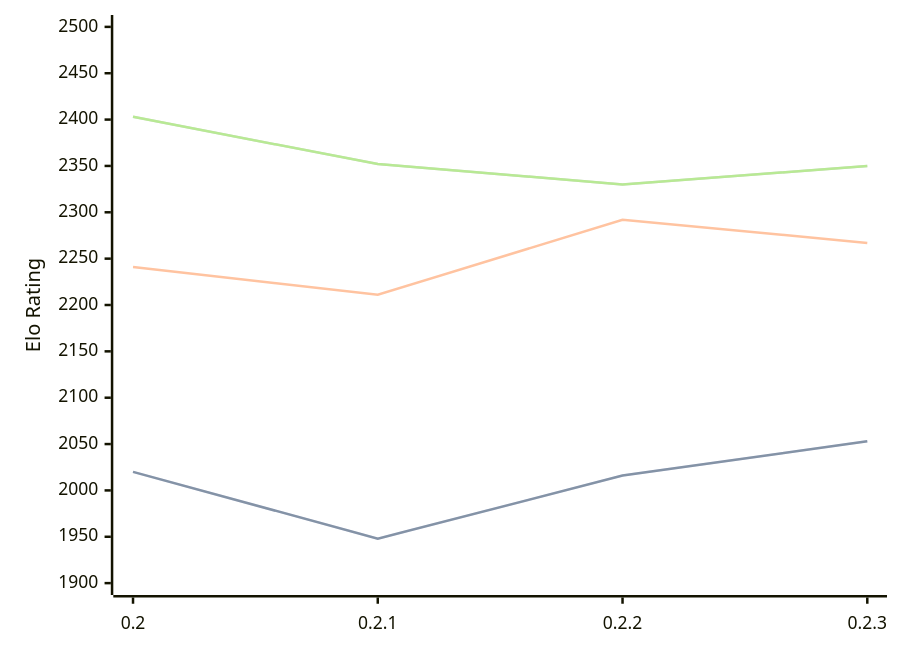
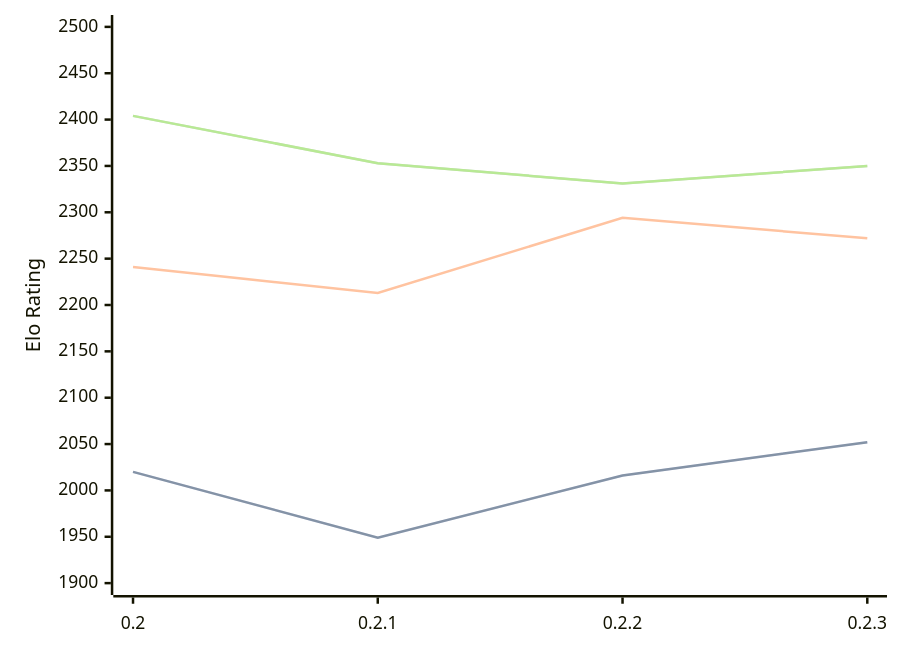
Before and after one commit to computer-chess-index/cci: the diagram in engines/Lolbot.md, drawn with Mermaid. The commit also changed other lines of this file, not shown here.

Commit message:
Update CCI Ratings (ELO VLTC) - 2026-04-11

````diff
--- a/engines/Lolbot.md
+++ b/engines/Lolbot.md
@@ -35,11 +35,11 @@
 ```mermaid
 %%{init: {"theme":"base","themeVariables":{"seriesColors:['#a3a3a3','#222221','#faa371']}}}%%
 xychart-beta
   x-axis ["0.2", "0.2.1", "0.2.2", "0.2.3"]
   y-axis "Elo Rating" 1900 --> 2500
-  line "STC (8.0+0.08s)" [2020, 1948, 2016, 2053]
-  line "STC (8.0+0.08s)" [2020, 1948, 2016, 2053]
-  line "LTC (60.0+0.60s)" [2241, 2211, 2292, 2267]
-  line "VLTC (2m24s+1.12s)" [2403, 2352, 2330, 2350]
-  line "VLTC (2m24s+1.12s)" [2403, 2352, 2330, 2350]
+  line "STC (8.0+0.08s)" [2020, 1949, 2016, 2052]
+  line "STC (8.0+0.08s)" [2020, 1949, 2016, 2052]
+  line "LTC (60.0+0.60s)" [2241, 2213, 2294, 2272]
+  line "VLTC (2m24s+1.12s)" [2404, 2353, 2331, 2350]
+  line "VLTC (2m24s+1.12s)" [2404, 2353, 2331, 2350]
 ```
````
